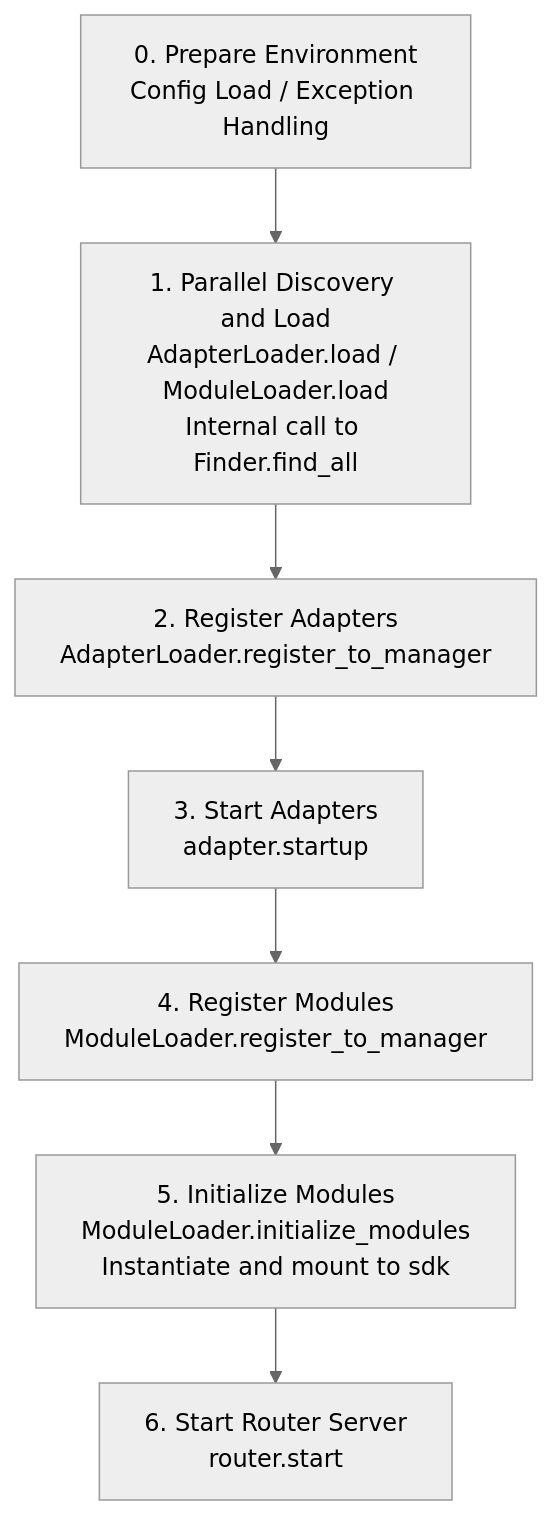
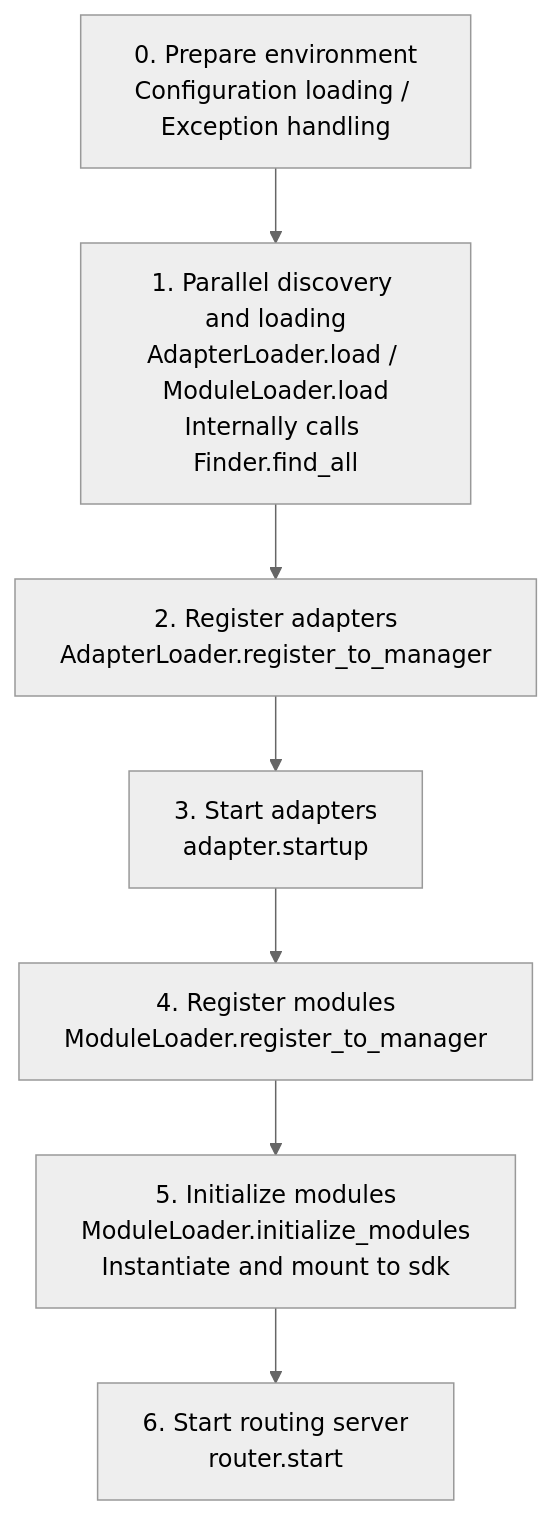
The sixth of 6 diagrams in docs/en/ai-support/prompts/ErisPulse-ModuleDev.md (ErisPulse/ErisPulse), drawn with Mermaid (neutral theme) before and after one commit. The commit also changed other lines of this file and 143 other files, not shown here.

````diff
--- a/docs/en/ai-support/prompts/ErisPulse-ModuleDev.md
+++ b/docs/en/ai-support/prompts/ErisPulse-ModuleDev.md
@@ -8612,10 +8599,10 @@
 ```mermaid
 flowchart TD
-    A[0. Prepare Environment<br/>Config Load / Exception Handling] --> B
-    B[1. Parallel Discovery and Load<br/>AdapterLoader.load / ModuleLoader.load<br/>Internal call to Finder.find_all] --> C
-    C[2. Register Adapters<br/>AdapterLoader.register_to_manager] --> D
-    D[3. Start Adapters<br/>adapter.startup] --> E
-    E[4. Register Modules<br/>ModuleLoader.register_to_manager] --> F
-    F[5. Initialize Modules<br/>ModuleLoader.initialize_modules<br/>Instantiate and mount to sdk] --> G
-    G[6. Start Router Server<br/>router.start]
+    A[0. Prepare environment<br/>Configuration loading / Exception handling] --> B
+    B[1. Parallel discovery and loading<br/>AdapterLoader.load / ModuleLoader.load<br/>Internally calls Finder.find_all] --> C
+    C[2. Register adapters<br/>AdapterLoader.register_to_manager] --> D
+    D[3. Start adapters<br/>adapter.startup] --> E
+    E[4. Register modules<br/>ModuleLoader.register_to_manager] --> F
+    F[5. Initialize modules<br/>ModuleLoader.initialize_modules<br/>Instantiate and mount to sdk] --> G
+    G[6. Start routing server<br/>router.start]
 ```
````
